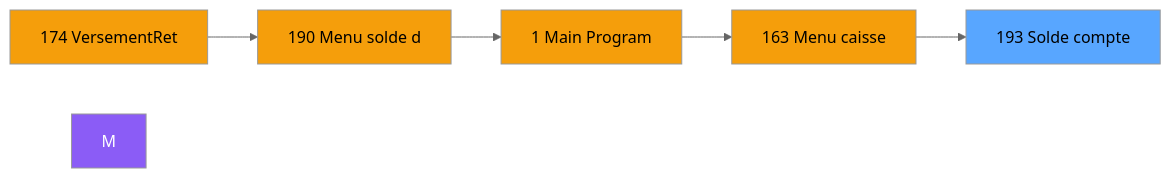
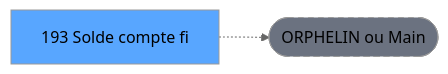
Before and after one commit to thonyAGP/lecteur-magic: the second of 3 diagrams in .openspec/specs/ADH-IDE-193.md, drawn with Mermaid (neutral theme). The commit also changed other lines of this file and 701 other files, not shown here.

````diff
--- a/.openspec/specs/ADH-IDE-193.md
+++ b/.openspec/specs/ADH-IDE-193.md
@@ -172,18 +151,8 @@
 ```mermaid
 graph LR
-    N174[174 VersementRet]
-    N190[190 Menu solde d]
-    N1[1 Main Program]
-    N163[163 Menu caisse ]
-    T[193 Solde compte]
-    N174 --> N190
-    N190 --> N1
-    N1 --> N163
-    N163 --> T
-    style M fill:#8b5cf6,color:#fff
-    style N174 fill:#f59e0b
-    style N190 fill:#f59e0b
-    style N1 fill:#f59e0b
-    style N163 fill:#f59e0b
+    T[193 Solde compte fi]
+    ORPHAN([ORPHELIN ou Main])
+    T -.-> ORPHAN
     style T fill:#58a6ff,color:#000
+    style ORPHAN fill:#6b7280,stroke-dasharray: 5 5
 ```
````
